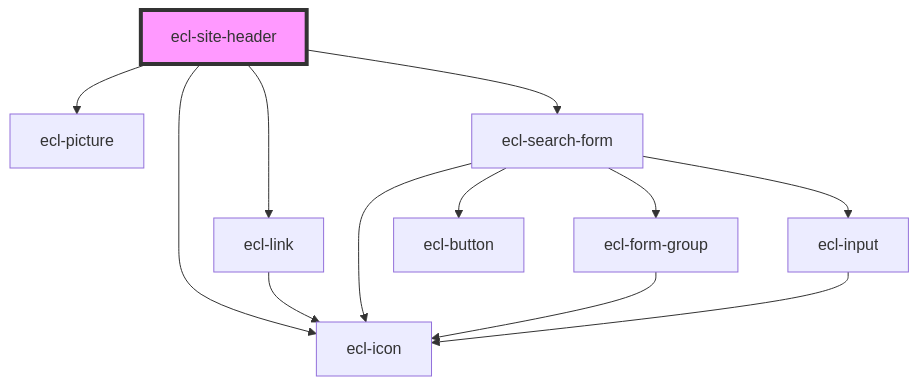
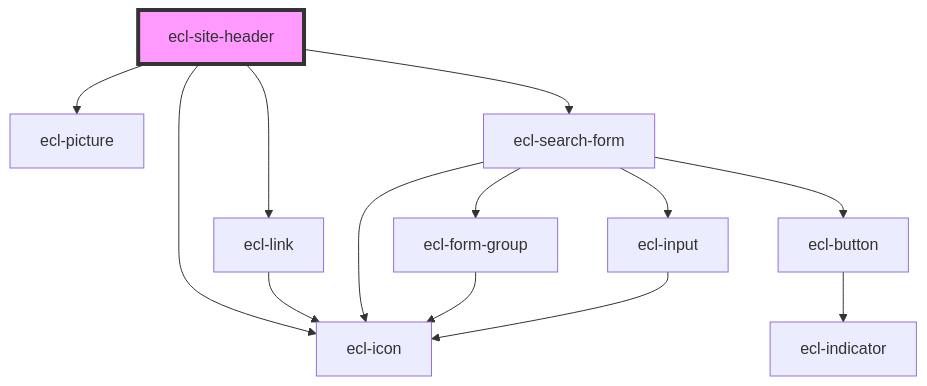
One commit to ec-europa/ecl-webcomponents changed the diagram in src/components/ecl-site-header/readme.md. Above: the diagram before and after it, drawn with Mermaid. The commit also changed 20 other files, not shown here.

````diff
--- a/src/components/ecl-site-header/readme.md
+++ b/src/components/ecl-site-header/readme.md
@@ -45,15 +45,16 @@
 ```mermaid
 graph TD;
   ecl-site-header --> ecl-link
   ecl-site-header --> ecl-picture
   ecl-site-header --> ecl-icon
   ecl-site-header --> ecl-search-form
   ecl-link --> ecl-icon
   ecl-search-form --> ecl-form-group
   ecl-search-form --> ecl-input
   ecl-search-form --> ecl-button
   ecl-search-form --> ecl-icon
   ecl-form-group --> ecl-icon
   ecl-input --> ecl-icon
+  ecl-button --> ecl-indicator
   style ecl-site-header fill:#f9f,stroke:#333,stroke-width:4px
 ```
````
